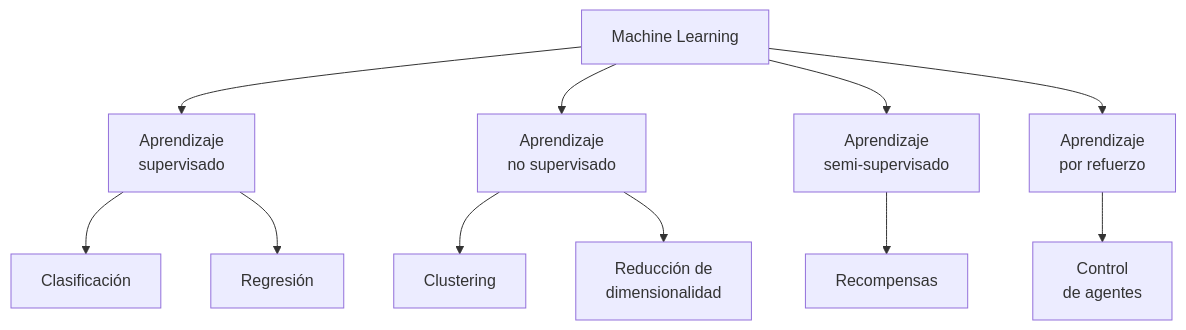
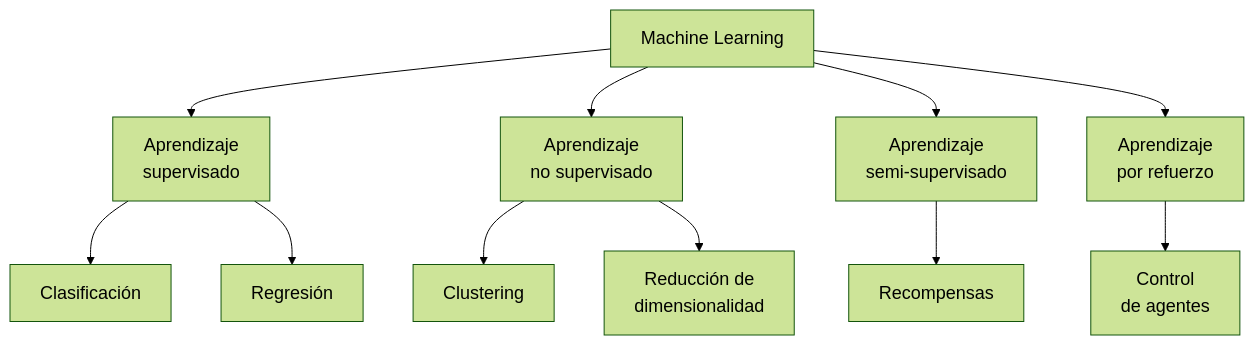
Before and after one commit to paranedagarcia/ciencia-de-datos: the first of 2 diagrams in docs/05-machinelearning/1-introduccion.md, drawn with Mermaid. The commit also changed other lines of this file and 48 other files, not shown here.

````diff
--- a/docs/05-machinelearning/1-introduccion.md
+++ b/docs/05-machinelearning/1-introduccion.md
@@ -58,15 +58,21 @@
 ```mermaid
+---
+config:
+  theme: 'forest'
+  themeVariables:
+     fontSize: 18px
+---
 flowchart TD
     ML[Machine Learning]
     ML --> SUP[Aprendizaje<br> supervisado]
     ML --> NOSUP[Aprendizaje<br> no supervisado]
     ML --> SEMI[Aprendizaje <br>semi-supervisado]
     ML --> REF[Aprendizaje <br>por refuerzo]
 
     SUP --> CLAS[Clasificación]
     SUP --> REG[Regresión]
     NOSUP --> CLUST[Clustering]
     NOSUP --> RED[Reducción de<br> dimensionalidad]
     SEMI --> RECOMP[Recompensas]
     REF --> AGENTES[Control<br> de agentes]
 ```
````
